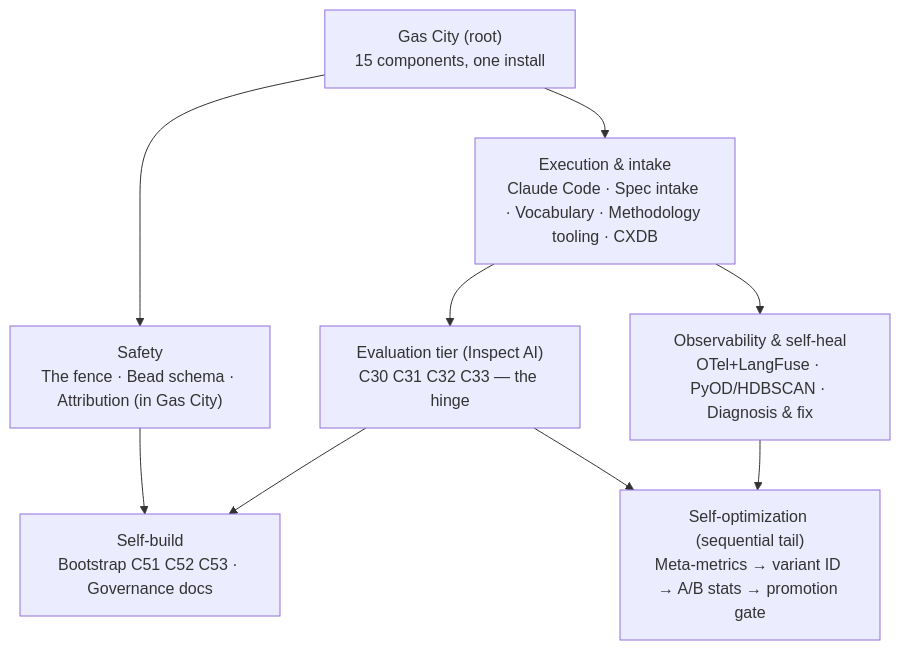
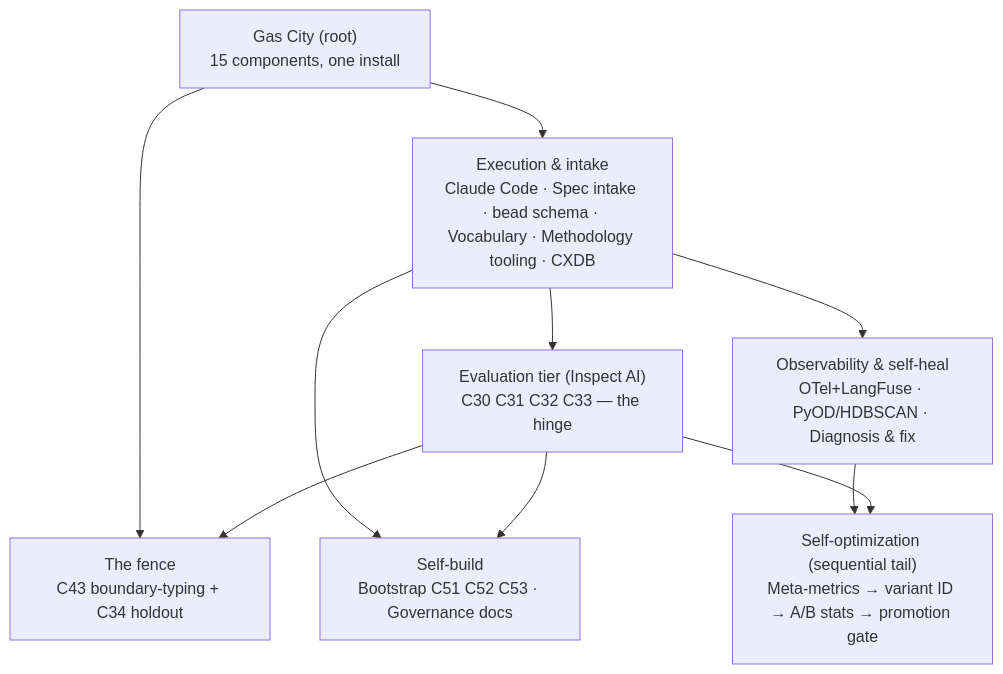
Before and after one commit to lago-morph/software-factory: the second of 3 diagrams in architectures/v4/implementation-dependencies.md, drawn with Mermaid. The commit also changed other lines of this file and 1 other file, not shown here.

````diff
--- a/architectures/v4/implementation-dependencies.md
+++ b/architectures/v4/implementation-dependencies.md
@@ -217,16 +218,17 @@
 ```mermaid
 flowchart TD
   GC["Gas City (root)<br/>15 components, one install"]
-  EX["Execution & intake<br/>Claude Code · Spec intake · Vocabulary · Methodology tooling · CXDB"]
+  EX["Execution & intake<br/>Claude Code · Spec intake · bead schema · Vocabulary · Methodology tooling · CXDB"]
   EV["Evaluation tier (Inspect AI)<br/>C30 C31 C32 C33 — the hinge"]
-  SAFE["Safety<br/>The fence · Bead schema · Attribution (in Gas City)"]
+  FENCE["The fence<br/>C43 boundary-typing + C34 holdout"]
   SB["Self-build<br/>Bootstrap C51 C52 C53 · Governance docs"]
   OBS["Observability & self-heal<br/>OTel+LangFuse · PyOD/HDBSCAN · Diagnosis & fix"]
   OPT["Self-optimization (sequential tail)<br/>Meta-metrics → variant ID → A/B stats → promotion gate"]
   GC --> EX --> EV
-  GC --> SAFE
+  GC --> FENCE
+  EV --> FENCE
+  EX --> SB
   EV --> SB
-  SAFE --> SB
   EX --> OBS --> OPT
   EV --> OPT
 ```
````
